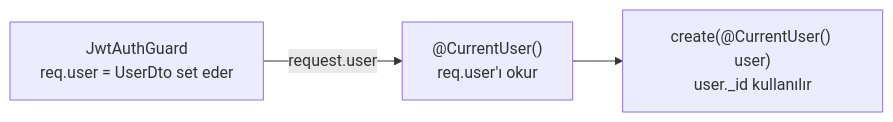
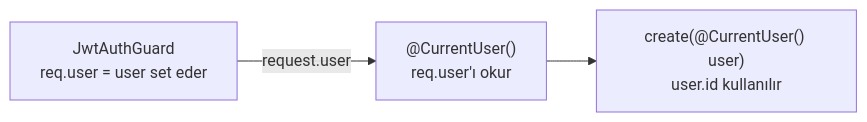
Before and after one commit to HuseyinKaraman/nestjs-microservice: the sixth of 7 diagrams in docs/ARCHITECTURE.md, drawn with Mermaid. The commit also changed other lines of this file and 3 other files, not shown here.

````diff
--- a/docs/ARCHITECTURE.md
+++ b/docs/ARCHITECTURE.md
@@ -178,6 +200,6 @@
 ```mermaid
 flowchart LR
-    Guard["JwtAuthGuard\nreq.user = UserDto set eder"]
+    Guard["JwtAuthGuard\nreq.user = user set eder"]
     -->|"request.user"| Dec["@CurrentUser()\nreq.user'ı okur"]
-    --> Handler["create(@CurrentUser() user)\nuser._id kullanılır"]
+    --> Handler["create(@CurrentUser() user)\nuser.id kullanılır"]
 ```
````
